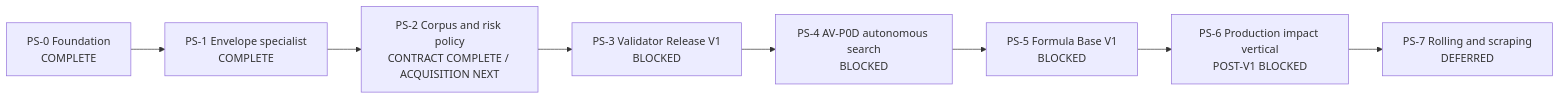
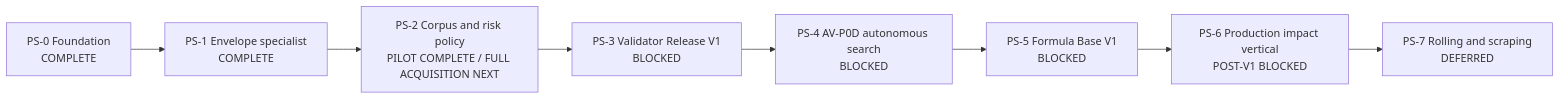
Before and after one commit to kaifaty/NextEngine: the diagram in docs/plans/physical-sound-synthesis-roadmap.md, drawn with Mermaid. The commit also changed other lines of this file and 6 other files, not shown here.

````diff
--- a/docs/plans/physical-sound-synthesis-roadmap.md
+++ b/docs/plans/physical-sound-synthesis-roadmap.md
@@ -91,10 +91,10 @@
 ```mermaid
 flowchart LR
     PS0["PS-0 Foundation<br/>COMPLETE"] --> PS1["PS-1 Envelope specialist<br/>COMPLETE"]
-    PS1 --> PS2["PS-2 Corpus and risk policy<br/>CONTRACT COMPLETE / ACQUISITION NEXT"]
+    PS1 --> PS2["PS-2 Corpus and risk policy<br/>PILOT COMPLETE / FULL ACQUISITION NEXT"]
     PS2 --> PS3["PS-3 Validator Release V1<br/>BLOCKED"]
     PS3 --> PS4["PS-4 AV-P0D autonomous search<br/>BLOCKED"]
     PS4 --> PS5["PS-5 Formula Base V1<br/>BLOCKED"]
     PS5 --> PS6["PS-6 Production impact vertical<br/>POST-V1 BLOCKED"]
     PS6 --> PS7["PS-7 Rolling and scraping<br/>DEFERRED"]
 ```
````
